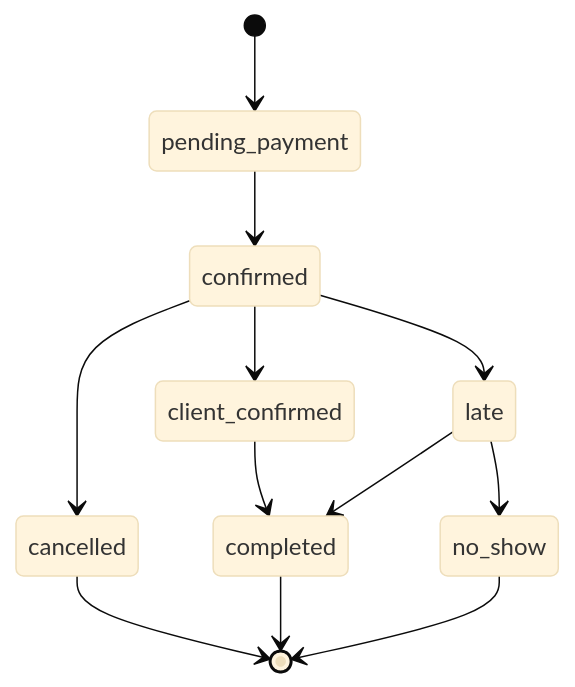
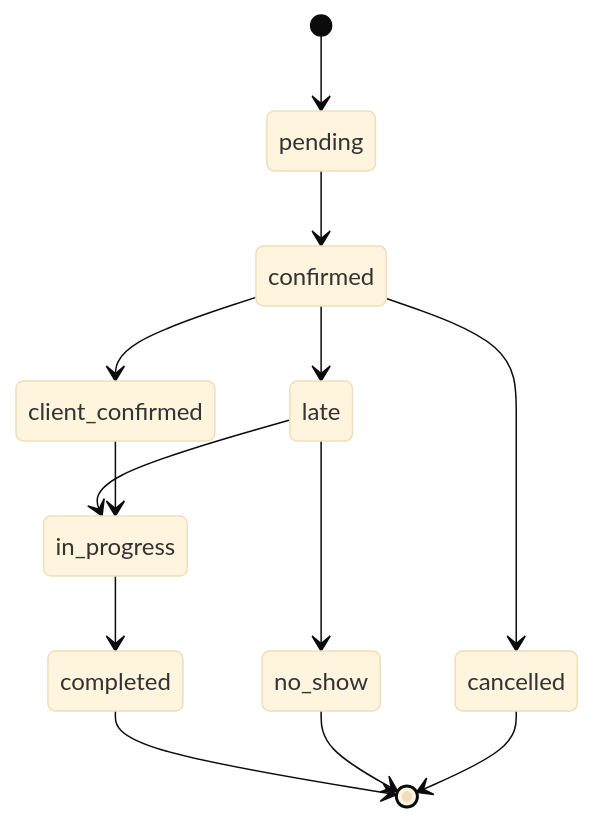
The fourth of 7 diagrams in docs/CHARTS_PROVIDER.md (LAVE-AUTO/lavo), drawn with Mermaid (base theme) before and after one commit. The commit also changed other lines of this file and 7 other files, not shown here.

````diff
--- a/docs/CHARTS_PROVIDER.md
+++ b/docs/CHARTS_PROVIDER.md
@@ -124,14 +77,15 @@
 ```mermaid
 stateDiagram-v2
-    [*] --> pending_payment
-    pending_payment --> confirmed
+    [*] --> pending
+    pending --> confirmed
     confirmed --> client_confirmed
     confirmed --> cancelled
-    client_confirmed --> completed
     confirmed --> late
-    late --> completed
+    late --> in_progress
     late --> no_show
-    cancelled --> [*]
+    client_confirmed --> in_progress
+    in_progress --> completed
     completed --> [*]
     no_show --> [*]
+    cancelled --> [*]
 ```
````
